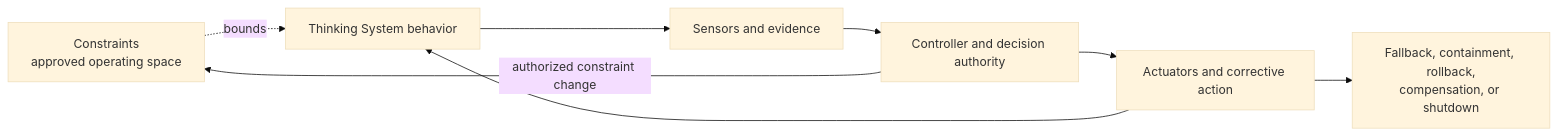
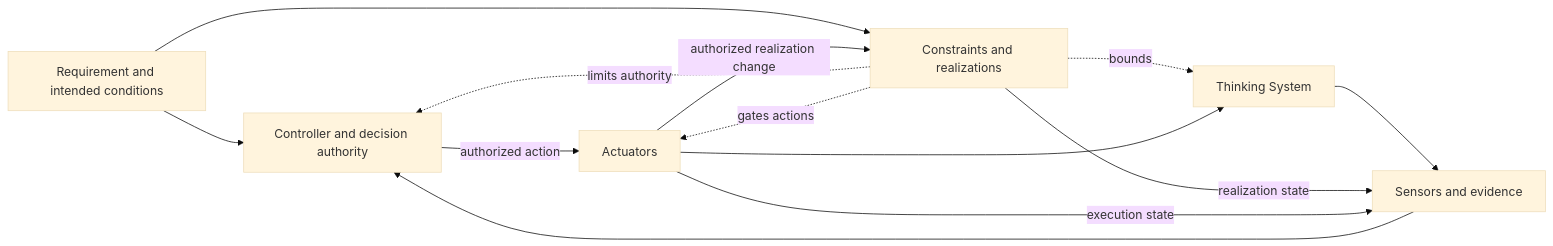
Before and after one commit to UncertaintyArchitectureGroup/uncertainty-architecture: the diagram in 01-patterns/thinking-system-review-template.md, drawn with Mermaid (base theme). The commit also changed other lines of this file, not shown here.

Commit message:
docs: centralize delivery constraint realization

````diff
--- a/01-patterns/thinking-system-review-template.md
+++ b/01-patterns/thinking-system-review-template.md
@@ -271,14 +211,22 @@
 ```mermaid
 flowchart LR
-    K[Constraints<br/>approved operating space]
-    P[Thinking System behavior]
+    R[Requirement and intended conditions]
+    K[Constraints and realizations]
+    P[Thinking System]
     S[Sensors and evidence]
     C[Controller and decision authority]
-    A[Actuators and corrective action]
-    F[Fallback, containment, rollback,<br/>compensation, or shutdown]
+    A[Actuators]
 
+    R --> C
+    R --> K
     K -. bounds .-> P
-    P --> S --> C --> A --> P
-    A --> F
-    C -->|authorized constraint change| K
+    K -. limits authority .-> C
+    K -. gates actions .-> A
+    P --> S
+    K -->|realization state| S
+    A -->|execution state| S
+    S --> C
+    C -->|authorized action| A
+    A --> P
+    A -->|authorized realization change| K
 ```
````
